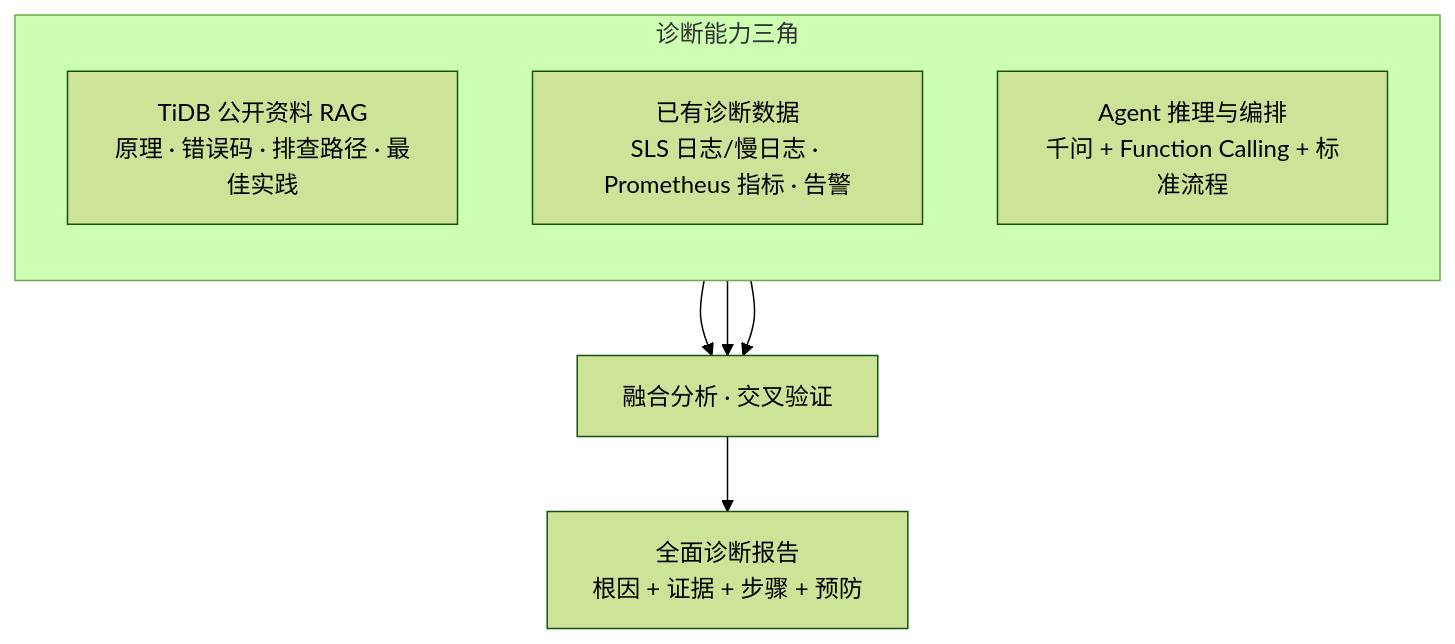
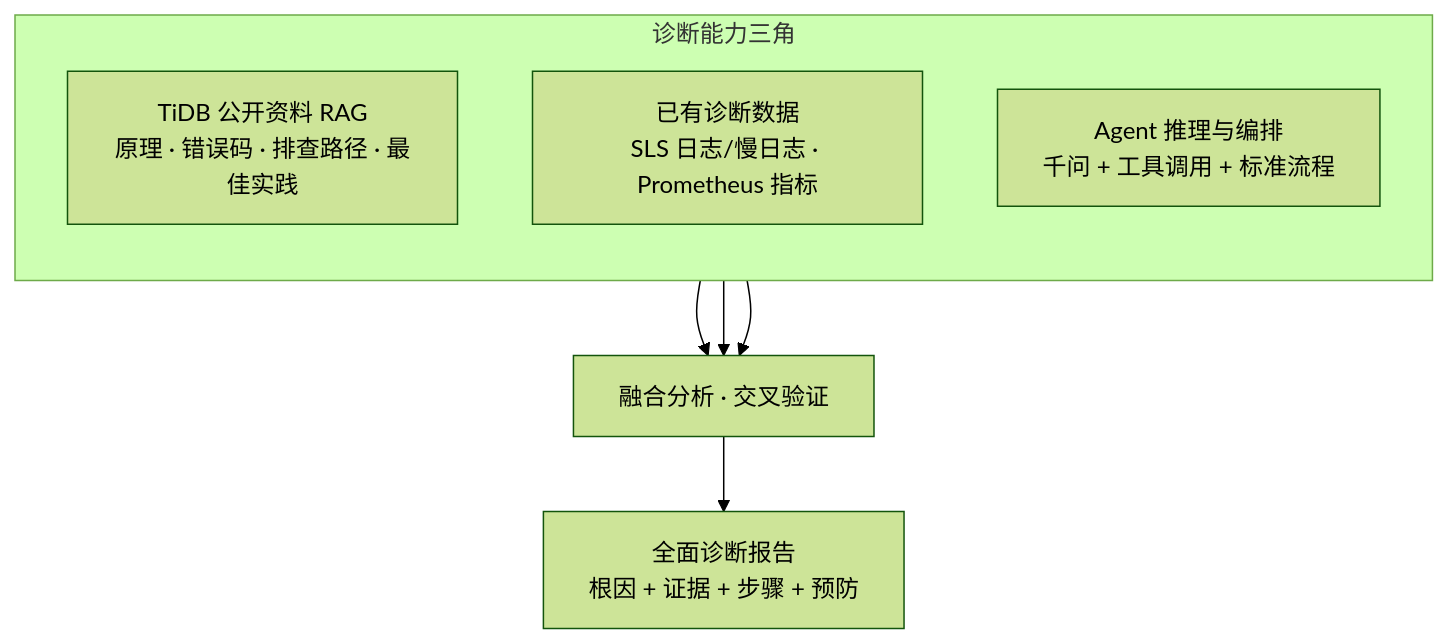
One commit to yangzhengjie/tidb-diag changed the first of 2 diagrams in docs/tidb-diag-agent-requirements.md. Above: the diagram before and after it, drawn with Mermaid (forest theme). The commit also changed other lines of this file and 1 other file, not shown here.

First line of the commit message:
docs(architecture): revise requirements and design to v1.9

````diff
--- a/docs/tidb-diag-agent-requirements.md
+++ b/docs/tidb-diag-agent-requirements.md
@@ -40,14 +43,14 @@
 ```mermaid
 flowchart TB
     subgraph Triangle["诊断能力三角"]
         direction TB
         KB["TiDB 公开资料 RAG<br/>原理 · 错误码 · 排查路径 · 最佳实践"]
-        Live["已有诊断数据<br/>SLS 日志/慢日志 · Prometheus 指标 · 告警"]
-        Agent["Agent 推理与编排<br/>千问 + Function Calling + 标准流程"]
+        Live["已有诊断数据<br/>SLS 日志/慢日志 · Prometheus 指标"]
+        Agent["Agent 推理与编排<br/>千问 + 工具调用 + 标准流程"]
     end
 
     KB --> Fusion["融合分析 · 交叉验证"]
     Live --> Fusion
     Agent --> Fusion
     Fusion --> Report["全面诊断报告<br/>根因 + 证据 + 步骤 + 预防"]
 ```
````
